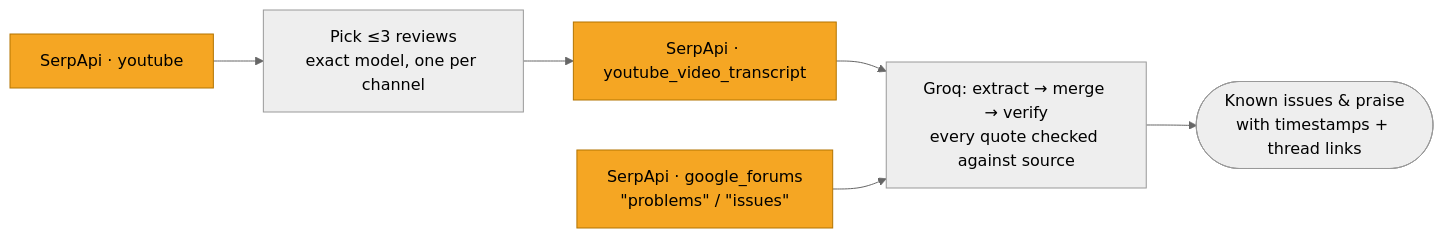
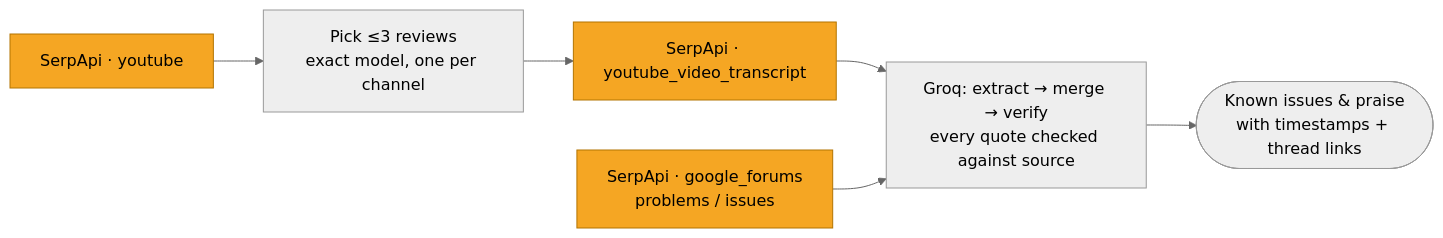
One commit to YashIIT0909/Clarity changed the fifth of 6 diagrams in README.md. Above: the diagram before and after it, drawn with Mermaid (neutral theme).

Commit message:
docs: remove HTML quote entities from google_forums flowchart node in README

````diff
--- a/README.md
+++ b/README.md
@@ -246,11 +246,11 @@
 ```mermaid
 flowchart LR
     Y["SerpApi · youtube"] --> SEL["Pick ≤3 reviews<br/>exact model, one per channel"]
     SEL --> TX["SerpApi · youtube_video_transcript"]
-    F["SerpApi · google_forums<br/>&quot;problems&quot; / &quot;issues&quot;"]
+    F["SerpApi · google_forums<br/>problems / issues"]
     TX & F --> LLM["Groq: extract → merge → verify<br/>every quote checked against source"]
     LLM --> OUT(["Known issues & praise<br/>with timestamps + thread links"])
 
     classDef serp fill:#f5a623,stroke:#b37400,color:#000
     class Y,TX,F serp
 ```
````
